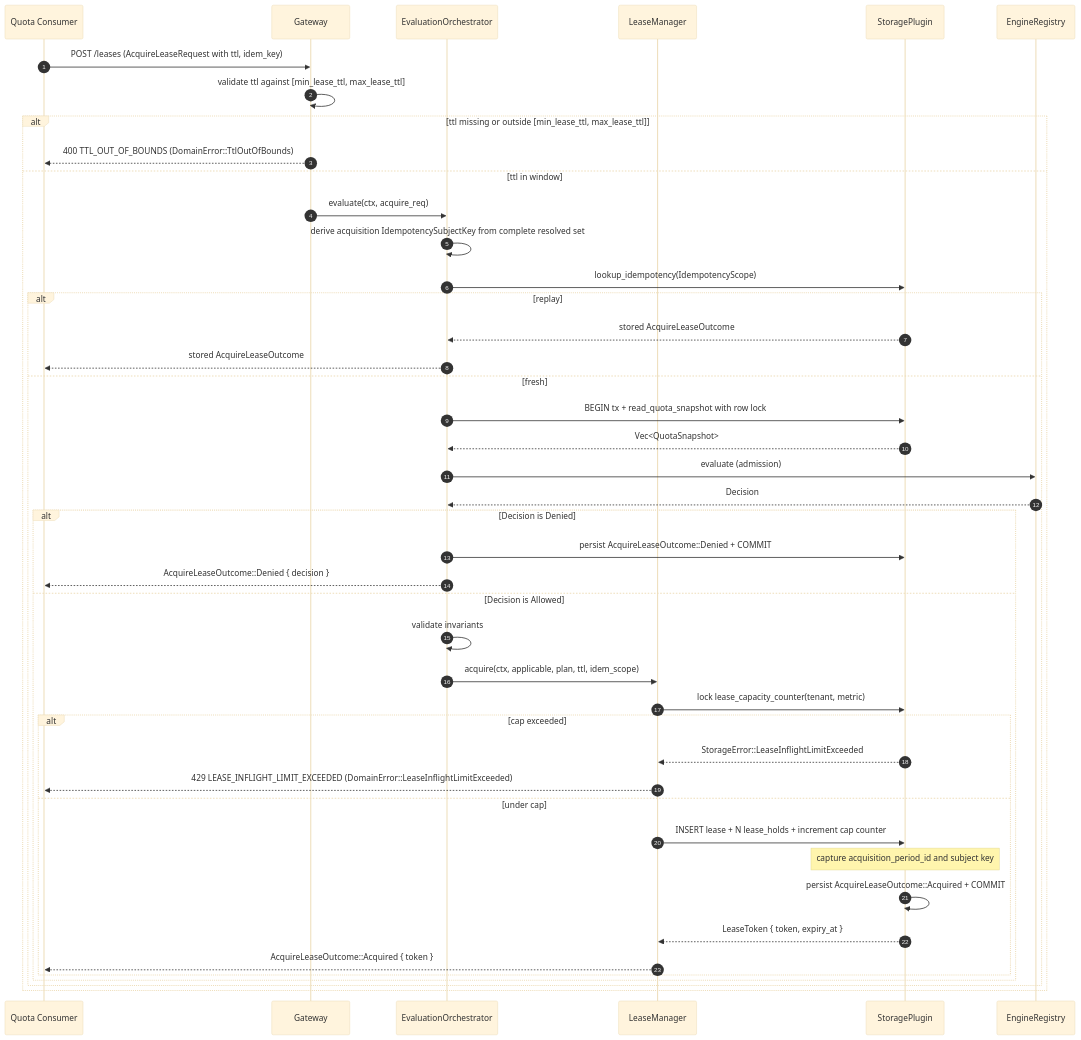
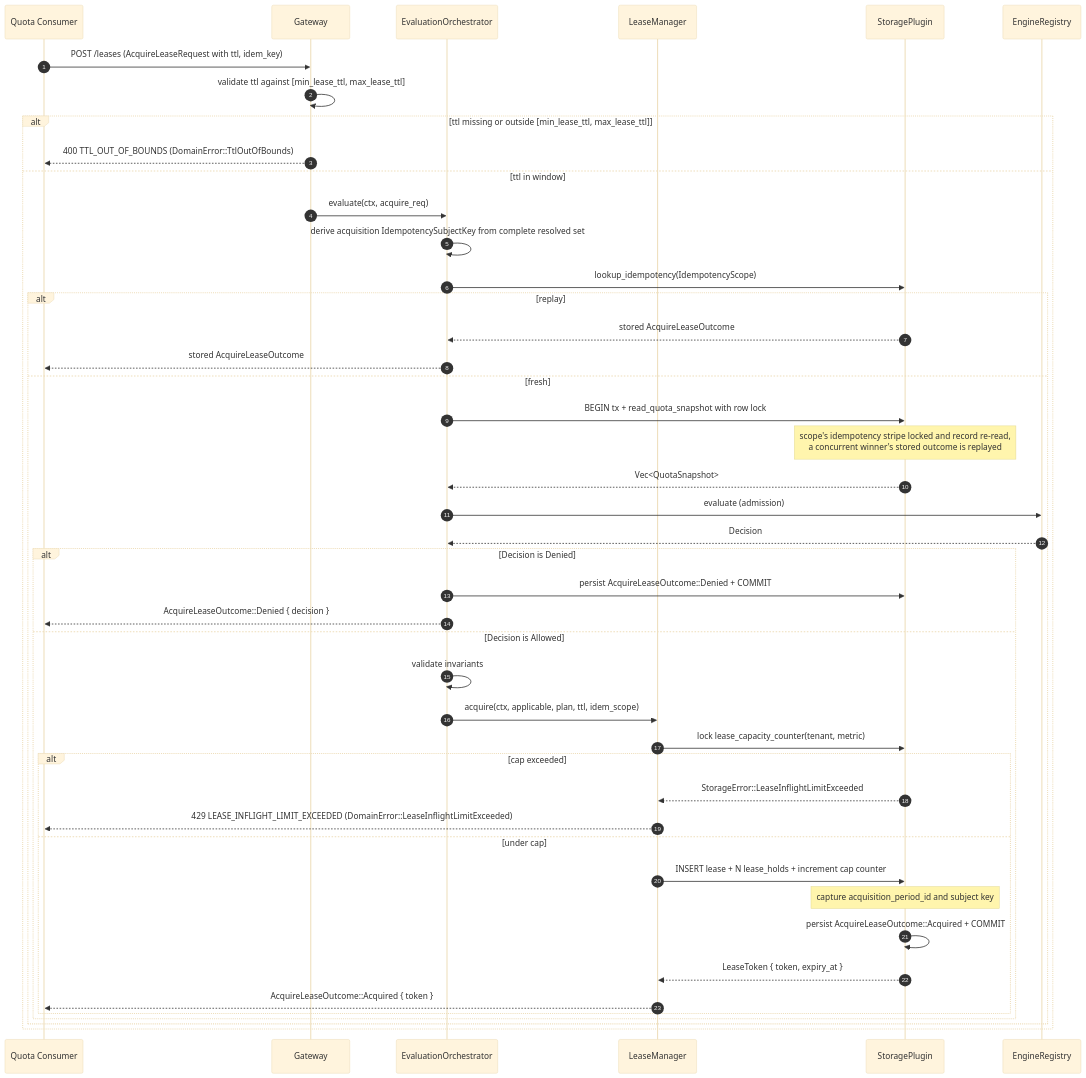
The seventh of 17 diagrams in gears/system/quota-enforcement/docs/DESIGN.md (AndIConstructor/gears-rust), drawn with Mermaid (base theme) before and after one commit. The commit also changed other lines of this file and 4 other files, not shown here.

Commit message:
docs(quota-enforcement): credit is a management-plane operation; idempotency re-check in the sequences

````diff
--- a/gears/system/quota-enforcement/docs/DESIGN.md
+++ b/gears/system/quota-enforcement/docs/DESIGN.md
@@ -1695,47 +1697,48 @@
 ```mermaid
 sequenceDiagram
     autonumber
     participant Caller as Quota Consumer
     participant GW as Gateway
     participant EO as EvaluationOrchestrator
     participant LM as LeaseManager
     participant SP as StoragePlugin
     participant ER as EngineRegistry
 
     Caller ->> GW: POST /leases (AcquireLeaseRequest with ttl, idem_key)
     GW ->> GW: validate ttl against [min_lease_ttl, max_lease_ttl]
     alt ttl missing or outside [min_lease_ttl, max_lease_ttl]
         GW -->> Caller: 400 TTL_OUT_OF_BOUNDS (DomainError::TtlOutOfBounds)
     else ttl in window
         GW ->> EO: evaluate(ctx, acquire_req)
         EO ->> EO: derive acquisition IdempotencySubjectKey from complete resolved set
         EO ->> SP: lookup_idempotency(IdempotencyScope)
         alt replay
             SP -->> EO: stored AcquireLeaseOutcome
             EO -->> Caller: stored AcquireLeaseOutcome
         else fresh
             EO ->> SP: BEGIN tx + read_quota_snapshot with row lock
+            Note over SP: scope's idempotency stripe locked and record re-read,<br/>a concurrent winner's stored outcome is replayed
             SP -->> EO: Vec<QuotaSnapshot>
             EO ->> ER: evaluate (admission)
             ER -->> EO: Decision
             alt Decision is Denied
                 EO ->> SP: persist AcquireLeaseOutcome::Denied + COMMIT
                 EO -->> Caller: AcquireLeaseOutcome::Denied { decision }
             else Decision is Allowed
                 EO ->> EO: validate invariants
                 EO ->> LM: acquire(ctx, applicable, plan, ttl, idem_scope)
                 LM ->> SP: lock lease_capacity_counter(tenant, metric)
                 alt cap exceeded
                     SP -->> LM: StorageError::LeaseInflightLimitExceeded
                     LM -->> Caller: 429 LEASE_INFLIGHT_LIMIT_EXCEEDED (DomainError::LeaseInflightLimitExceeded)
                 else under cap
                     LM ->> SP: INSERT lease + N lease_holds + increment cap counter
                     Note over SP: capture acquisition_period_id and subject key
                     SP ->> SP: persist AcquireLeaseOutcome::Acquired + COMMIT
                     SP -->> LM: LeaseToken { token, expiry_at }
                     LM -->> Caller: AcquireLeaseOutcome::Acquired { token }
                 end
             end
         end
     end
 ```
````
